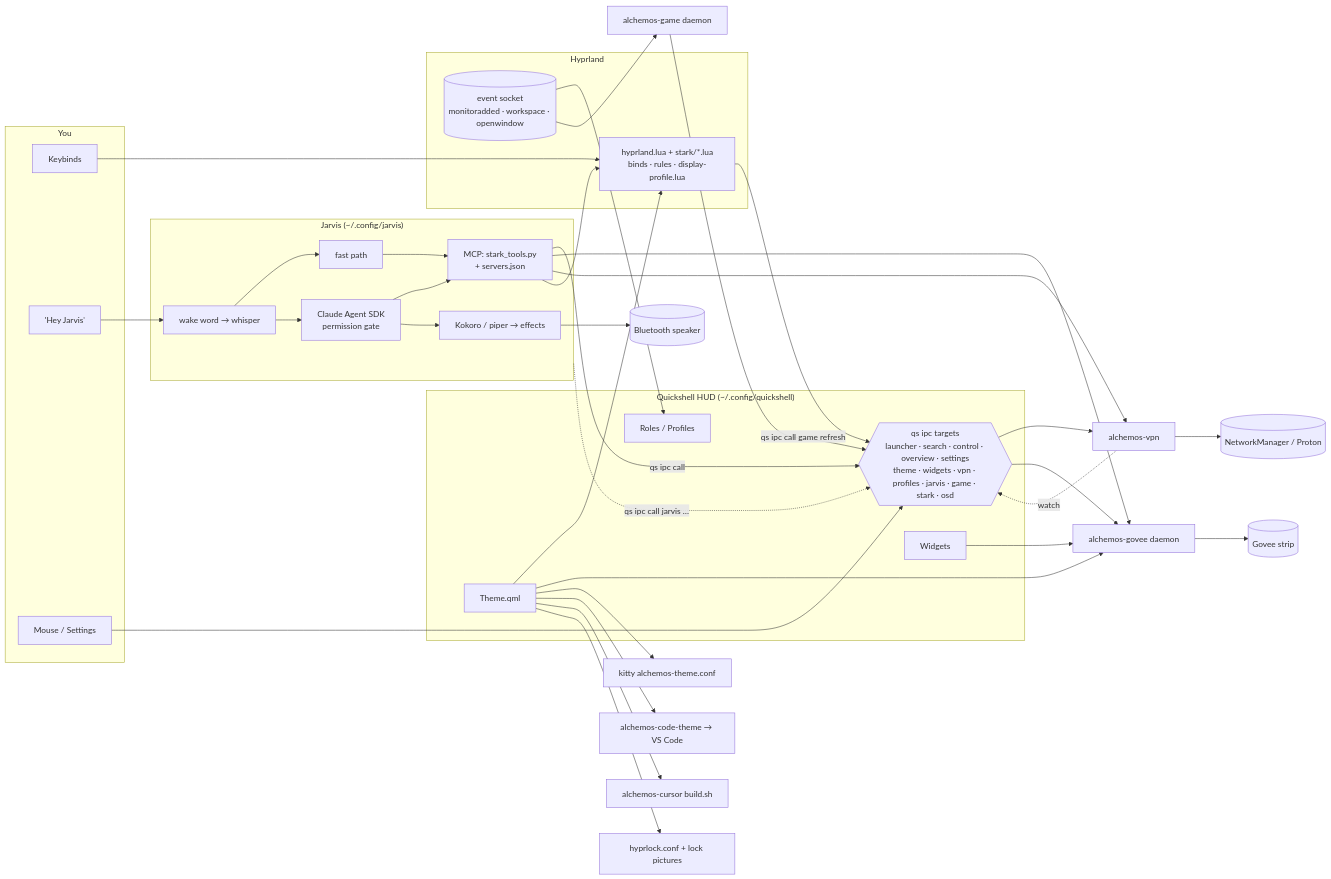
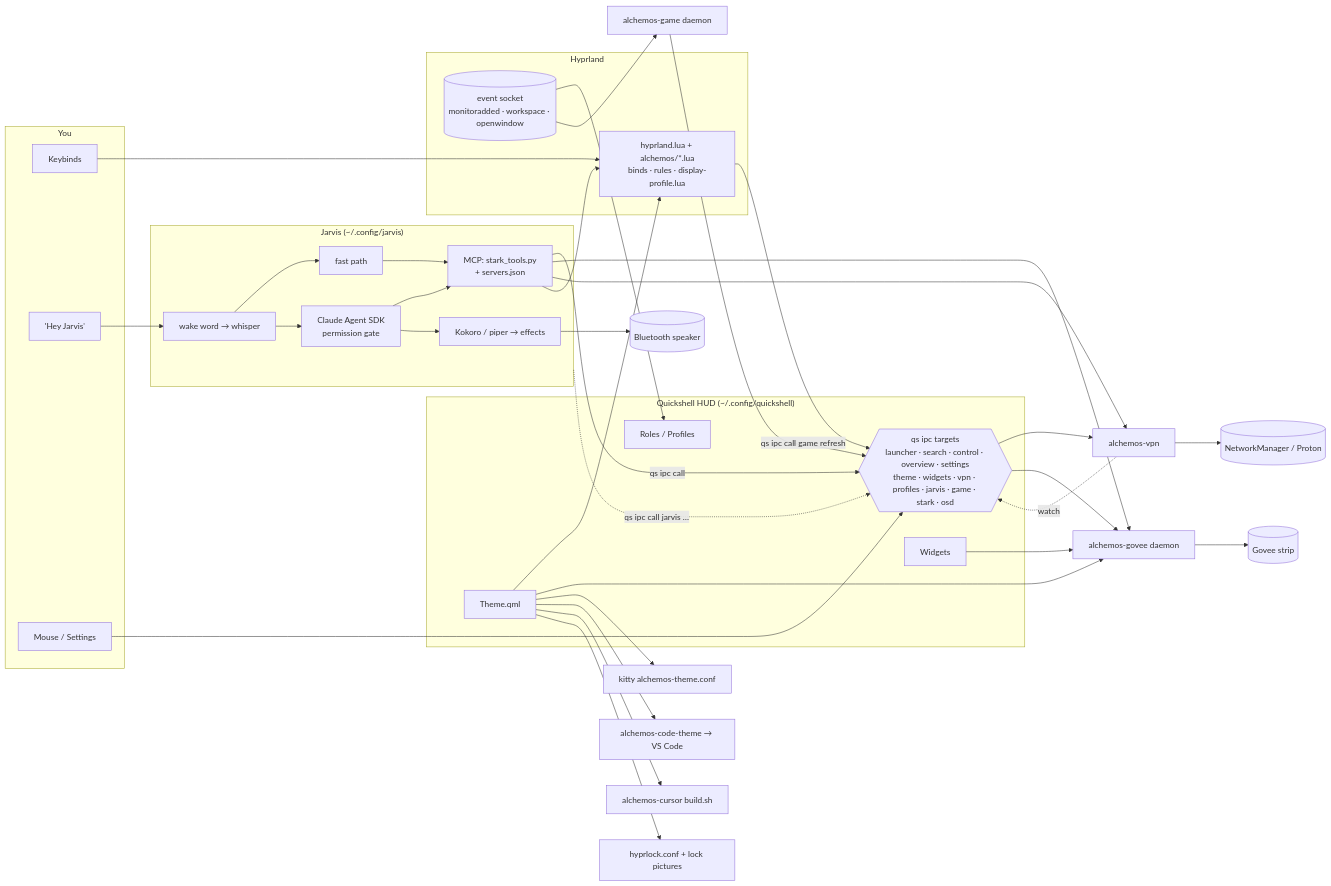
Before and after one commit to Tsheehan11/alchemos: the diagram in .github/README.md, drawn with Mermaid. The commit also changed other lines of this file and 24 other files, not shown here.

First line of the commit message:
Hyprland modules: hypr/stark/ → hypr/alchemos/

````diff
--- a/.github/README.md
+++ b/.github/README.md
@@ -385,52 +385,52 @@
 ```mermaid
 flowchart LR
     subgraph You
         K[Keybinds]
         V["'Hey Jarvis'"]
         M[Mouse / Settings]
     end
 
     subgraph Hyprland
-        H[hyprland.lua + stark/*.lua<br/>binds · rules · display-profile.lua]
+        H[hyprland.lua + alchemos/*.lua<br/>binds · rules · display-profile.lua]
         EV[(event socket<br/>monitoradded · workspace · openwindow)]
     end
 
     subgraph HUD["Quickshell HUD (~/.config/quickshell)"]
         IPC{{qs ipc targets<br/>launcher · search · control · overview · settings<br/>theme · widgets · vpn · profiles · jarvis · game · stark · osd}}
         T[Theme.qml]
         R[Roles / Profiles]
         W[Widgets]
     end
 
     subgraph Jarvis["Jarvis (~/.config/jarvis)"]
         EAR[wake word → whisper]
         FP[fast path]
         BR[Claude Agent SDK<br/>permission gate]
         MCP[MCP: stark_tools.py<br/>+ servers.json]
         VO[Kokoro / piper → effects]
     end
 
     G[alchemos-govee daemon] --> STRIP[(Govee strip)]
     VPN[alchemos-vpn] --> NM[(NetworkManager / Proton)]
     GAME[alchemos-game daemon]
     BT[(Bluetooth speaker)]
 
     K --> H --> IPC
     M --> IPC
     EV --> R & GAME
     V --> EAR --> FP --> MCP
     EAR --> BR --> MCP
     MCP -->|qs ipc call| IPC
     MCP --> G & VPN & H
     BR --> VO --> BT
     Jarvis -.->|qs ipc call jarvis …| IPC
     T --> H & G
     T --> KITTY[kitty alchemos-theme.conf]
     T --> CODE[alchemos-code-theme → VS Code]
     T --> CUR[alchemos-cursor build.sh]
     T --> LOCK[hyprlock.conf + lock pictures]
     IPC --> VPN & G
     VPN -.->|watch| IPC
     GAME -->|qs ipc call game refresh| IPC
     W --> G
 ```
````
